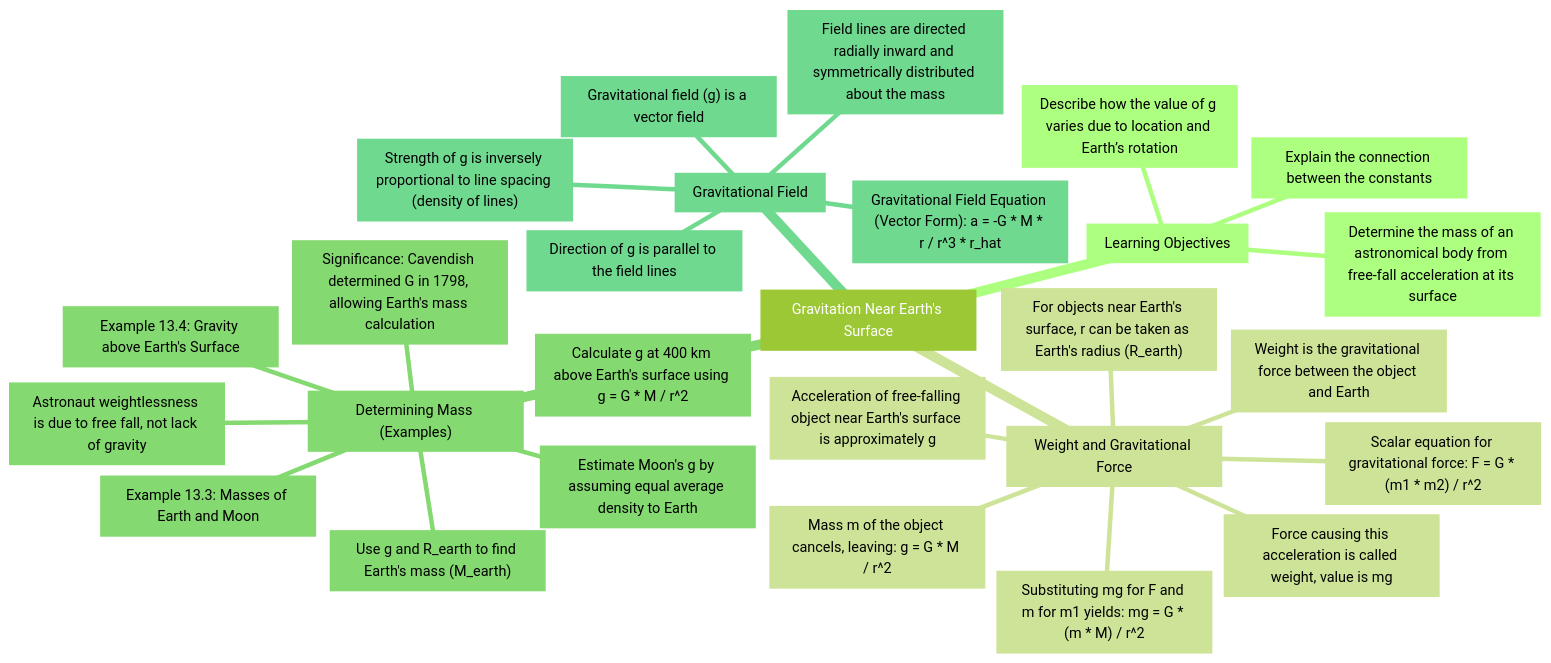
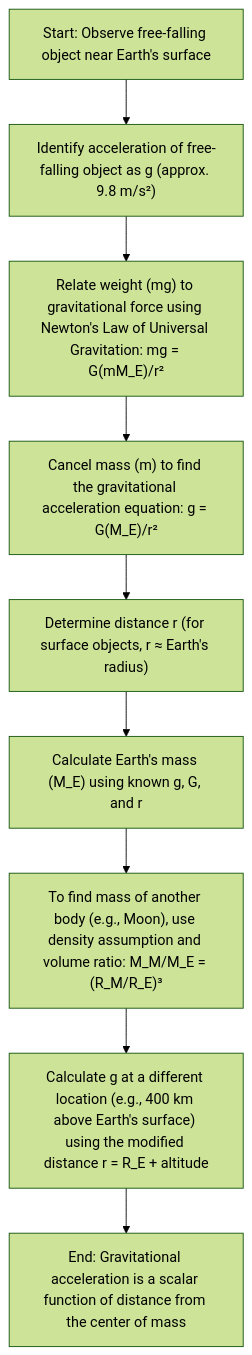
One commit to Kunsh162007/margin changed the fourth of 5 diagrams in evals/results/notes/uphys1-notes.md. Above: the diagram before and after it, drawn with Mermaid (forest theme). The commit also changed other lines of this file and 44 other files, not shown here.

````diff
--- a/evals/results/notes/uphys1-notes.md
+++ b/evals/results/notes/uphys1-notes.md
@@ -233,30 +225,20 @@
 ```mermaid
-mindmap
-  n0["Gravitation Near Earth's Surface"]
-    n1["Learning Objectives"]
-      n2["Explain the connection between the constants"]
-      n3["Determine the mass of an astronomical body from free-fall acceleration at its surface"]
-      n4["Describe how the value of g varies due to location and Earth’s rotation"]
-    n5["Weight and Gravitational Force"]
-      n6["Acceleration of free-falling object near Earth's surface is approximately g"]
-      n7["Force causing this acceleration is called weight, value is mg"]
-      n8["Weight is the gravitational force between the object and Earth"]
-      n9["Scalar equation for gravitational force: F = G * (m1 * m2) / r^2"]
-      n10["Substituting mg for F and m for m1 yields: mg = G * (m * M) / r^2"]
-      n11["Mass m of the object cancels, leaving: g = G * M / r^2"]
-      n12["For objects near Earth's surface, r can be taken as Earth's radius (R_earth)"]
-    n13["Determining Mass (Examples)"]
-      n14["Example 13.3: Masses of Earth and Moon"]
-      n15["Use g and R_earth to find Earth's mass (M_earth)"]
-      n16["Estimate Moon's g by assuming equal average density to Earth"]
-      n17["Significance: Cavendish determined G in 1798, allowing Earth's mass calculation"]
-      n18["Example 13.4: Gravity above Earth's Surface"]
-      n19["Calculate g at 400 km above Earth's surface using g = G * M / r^2"]
-      n20["Astronaut weightlessness is due to free fall, not lack of gravity"]
-    n21["Gravitational Field"]
-      n22["Gravitational Field Equation (Vector Form): a = -G * M * r / r^3 * r_hat"]
-      n23["Gravitational field (g) is a vector field"]
-      n24["Field lines are directed radially inward and symmetrically distributed about the mass"]
-      n25["Direction of g is parallel to the field lines"]
-      n26["Strength of g is inversely proportional to line spacing (density of lines)"]
+flowchart TD
+    n0["Start: Observe free-falling object near Earth's surface"]
+    n1["Identify acceleration of free-falling object as g (approx. 9.8 m/s²)"]
+    n2["Relate weight (mg) to gravitational force using Newton's Law of Universal Gravitation: mg = G(mM_E)/r²"]
+    n3["Cancel mass (m) to find the gravitational acceleration equation: g = G(M_E)/r²"]
+    n4["Determine distance r (for surface objects, r ≈ Earth's radius)"]
+    n5["Calculate Earth's mass (M_E) using known g, G, and r"]
+    n6["To find mass of another body (e.g., Moon), use density assumption and volume ratio: M_M/M_E = (R_M/R_E)³"]
+    n7["Calculate g at a different location (e.g., 400 km above Earth's surface) using the modified distance r = R_E + altitude"]
+    n8["End: Gravitational acceleration is a scalar function of distance from the center of mass"]
+    n0 --> n1
+    n1 --> n2
+    n2 --> n3
+    n3 --> n4
+    n4 --> n5
+    n5 --> n6
+    n6 --> n7
+    n7 --> n8
 ```
````
